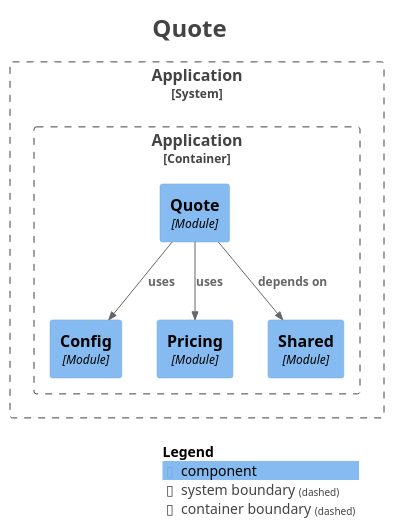
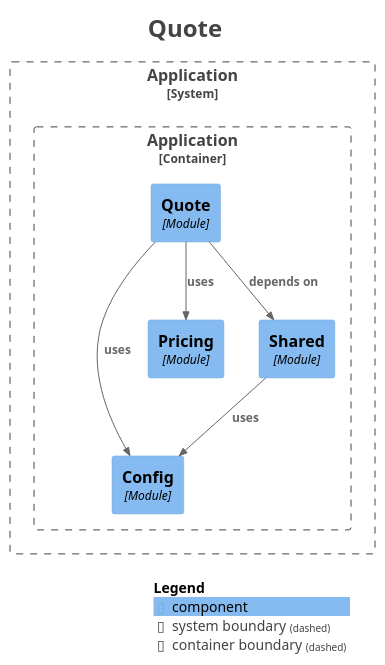
The diagram in docs/architecture/modules/module-quote.puml (migangdelzar/insurance-quotes-service), drawn with PlantUML before and after one commit. The commit also changed 21 other files, not shown here.

```diff
--- a/docs/architecture/modules/module-quote.puml
+++ b/docs/architecture/modules/module-quote.puml
@@ -1,34 +1,35 @@
 @startuml
 title <size:24>Quote</size>
 
 set separator none
 top to bottom direction
 
 <style>
   root {
     BackgroundColor: #ffffff
     FontColor: #444444
   }
 </style>
 
 !include <C4/C4>
 !include <C4/C4_Context>
 !include <C4/C4_Component>
 
 System_Boundary("Application_boundary", "Application", $tags="") {
   Container_Boundary("Application.Application_boundary", "Application", $tags="") {
     Component(Application.Application.Config, "Config", $techn="Module", $descr="", $tags="", $link="")
     Component(Application.Application.Pricing, "Pricing", $techn="Module", $descr="", $tags="", $link="")
     Component(Application.Application.Shared, "Shared", $techn="Module", $descr="", $tags="", $link="")
     Component(Application.Application.Quote, "Quote", $techn="Module", $descr="", $tags="", $link="")
   }
 
 }
 
-Rel(Application.Application.Quote, Application.Application.Shared, "depends on", $techn="", $tags="", $link="")
 Rel(Application.Application.Quote, Application.Application.Config, "uses", $techn="", $tags="", $link="")
 Rel(Application.Application.Quote, Application.Application.Pricing, "uses", $techn="", $tags="", $link="")
+Rel(Application.Application.Shared, Application.Application.Config, "uses", $techn="", $tags="", $link="")
+Rel(Application.Application.Quote, Application.Application.Shared, "depends on", $techn="", $tags="", $link="")
 
 SHOW_LEGEND(true)
 hide stereotypes
 @enduml
```
